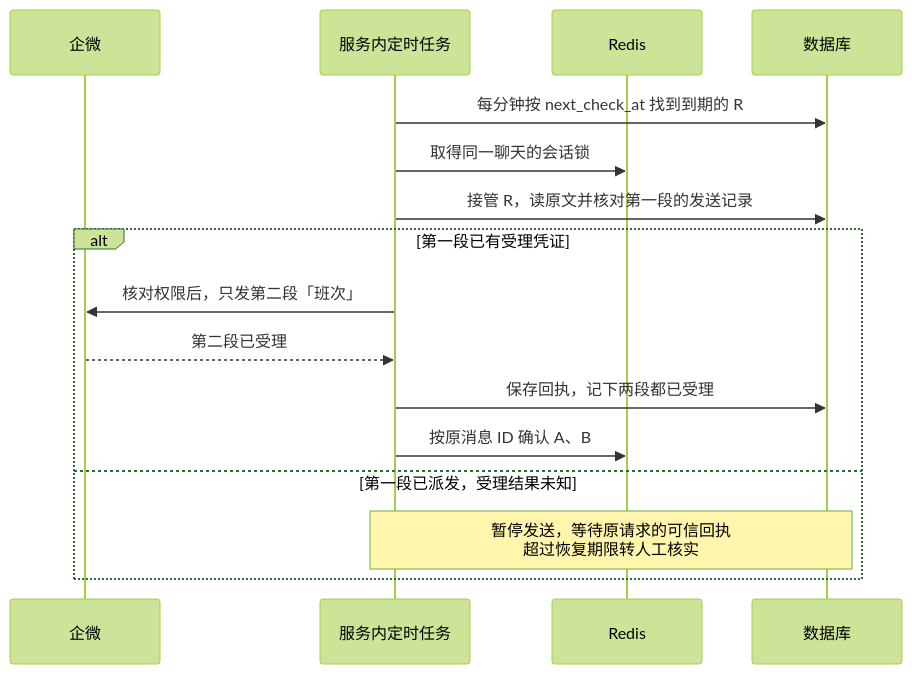
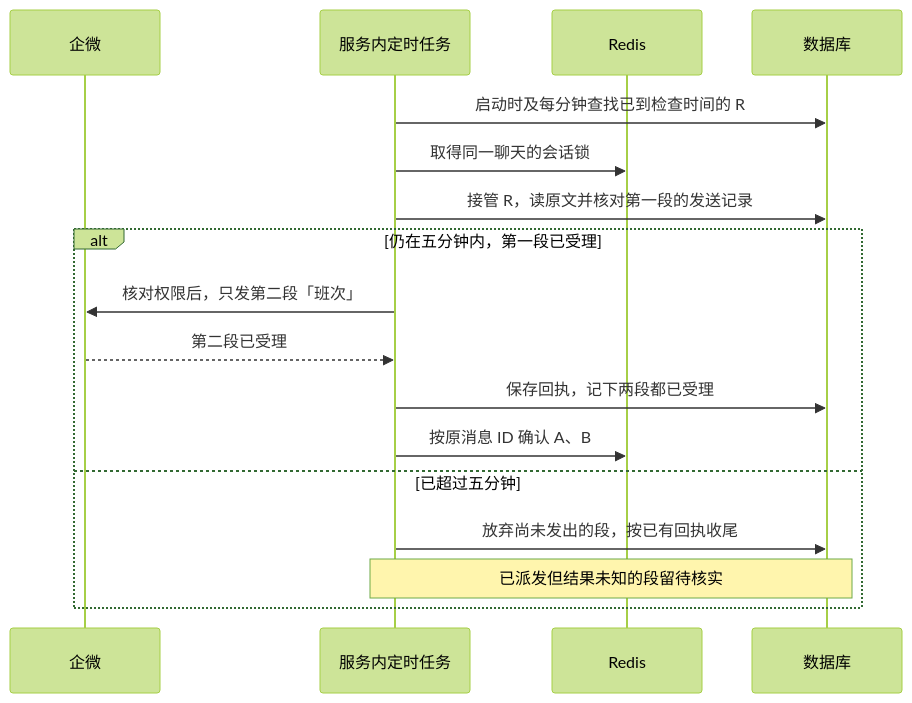
The second of 2 diagrams in docs/architecture/message-service-architecture.md (huajune/cake-agent-runtime), drawn with Mermaid (forest theme) before and after one commit. The commit also changed other lines of this file and 25 other files, not shown here.

````diff
--- a/docs/architecture/message-service-architecture.md
+++ b/docs/architecture/message-service-architecture.md
@@ -36,18 +36,19 @@
 ```mermaid
 sequenceDiagram
     participant W as 企微
     participant S as 服务内定时任务
     participant Q as Redis
     participant D as 数据库
-    S->>D: 每分钟按 next_check_at 找到到期的 R
+    S->>D: 启动时及每分钟查找已到检查时间的 R
     S->>Q: 取得同一聊天的会话锁
     S->>D: 接管 R，读原文并核对第一段的发送记录
-    alt 第一段已有受理凭证
+    alt 仍在五分钟内，第一段已受理
         S->>W: 核对权限后，只发第二段「班次」
         W-->>S: 第二段已受理
         S->>D: 保存回执，记下两段都已受理
         S->>Q: 按原消息 ID 确认 A、B
-    else 第一段已派发，受理结果未知
-        Note over S,D: 暂停发送，等待原请求的可信回执<br/>超过恢复期限转人工核实
+    else 已超过五分钟
+        S->>D: 放弃尚未发出的段，按已有回执收尾
+        Note over S,D: 已派发但结果未知的段留待核实
     end
 ```
````
